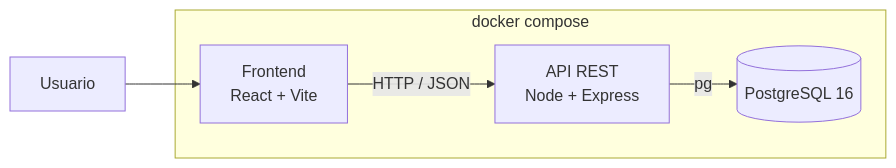
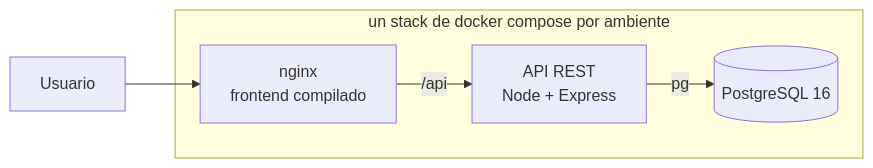
Before and after one commit to Maynorpoz/tecnisoporte: the first of 2 diagrams in docs/arquitectura.md, drawn with Mermaid. The commit also changed other lines of this file and 3 other files, not shown here.

````diff
--- a/docs/arquitectura.md
+++ b/docs/arquitectura.md
@@ -5,12 +5,12 @@
 ```mermaid
 flowchart LR
-    U[Usuario] --> F[Frontend<br/>React + Vite]
-    F -->|HTTP / JSON| A[API REST<br/>Node + Express]
+    U[Usuario] --> N[nginx<br/>frontend compilado]
+    N -->|/api| A[API REST<br/>Node + Express]
     A -->|pg| D[(PostgreSQL 16)]
 
-    subgraph docker [docker compose]
-        F
+    subgraph docker [un stack de docker compose por ambiente]
+        N
         A
         D
     end
 ```
````
